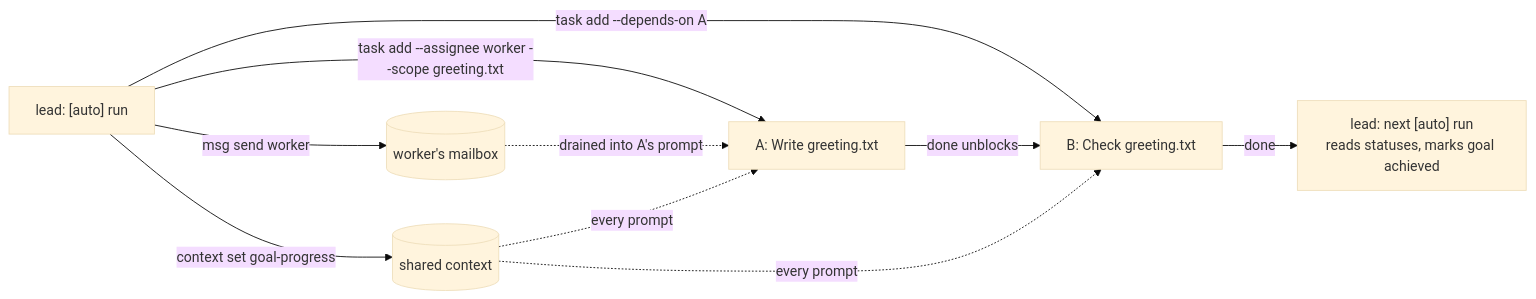
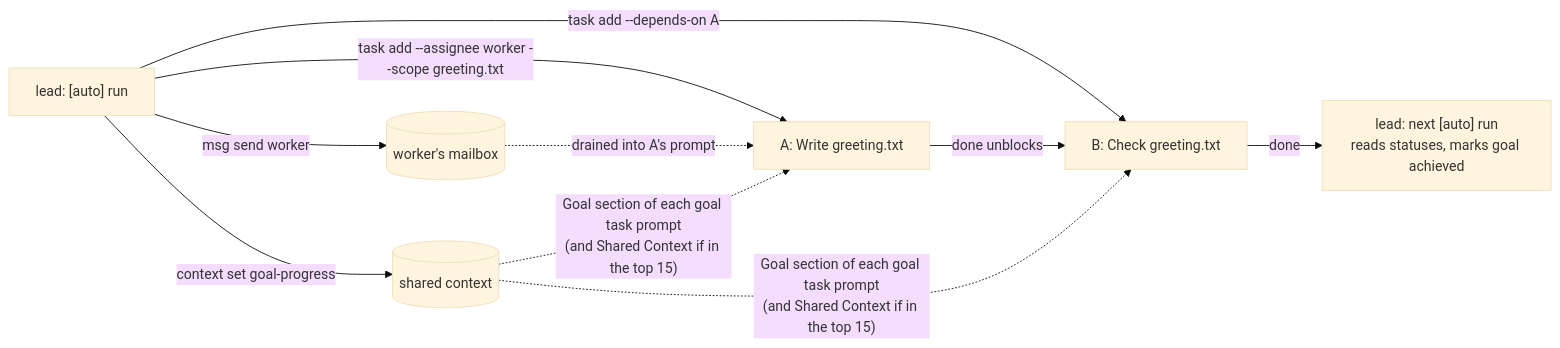
Before and after one commit to yuxhuang/r-orch: the seventh of 11 diagrams in docs/internal/orchestration.md, drawn with Mermaid (base theme). The commit also changed other lines of this file and 1 other file, not shown here.

````diff
--- a/docs/internal/orchestration.md
+++ b/docs/internal/orchestration.md
@@ -660,11 +675,11 @@
 ```mermaid
 flowchart LR
     LEAD["lead: [auto] run"] -- "task add --assignee worker --scope greeting.txt" --> A["A: Write greeting.txt"]
     LEAD -- "task add --depends-on A" --> B["B: Check greeting.txt"]
     LEAD -- "msg send worker" --> INBOX[("worker's mailbox")]
     LEAD -- "context set goal-progress" --> CTX[("shared context")]
     A -- "done unblocks" --> B
     INBOX -. "drained into A's prompt" .-> A
-    CTX -. "every prompt" .-> A & B
+    CTX -. "Goal section of each goal task prompt<br/>(and Shared Context if in the top 15)" .-> A & B
     B -- "done" --> CHECK["lead: next [auto] run<br/>reads statuses, marks goal achieved"]
 ```
````
